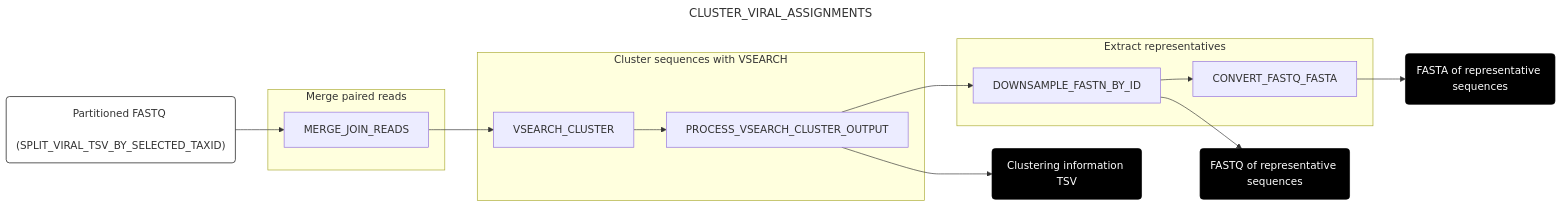
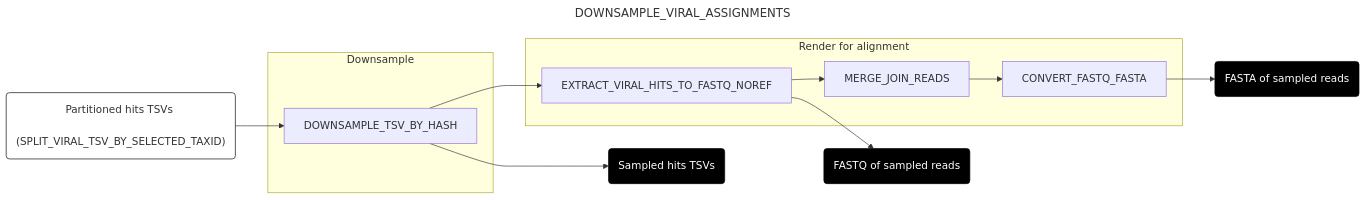
Before and after one commit to securebio/nao-mgs-workflow: the seventh of 10 diagrams in docs/downstream.md, drawn with Mermaid. The commit also changed other lines of this file and 14 other files, not shown here.

````diff
--- a/docs/downstream.md
+++ b/docs/downstream.md
@@ -362,31 +369,27 @@
 ```mermaid
 ---
-title: CLUSTER_VIRAL_ASSIGNMENTS
+title: DOWNSAMPLE_VIRAL_ASSIGNMENTS
 config:
   layout: horizontal
 ---
 flowchart LR
-A("Partitioned FASTQ <br> (SPLIT_VIRAL_TSV_BY_SELECTED_TAXID)") --> B[MERGE_JOIN_READS]
-B --> C[VSEARCH_CLUSTER]
-C --> D[PROCESS_VSEARCH_CLUSTER_OUTPUT]
-D --> E[DOWNSAMPLE_FASTN_BY_ID]
-E --> F[CONVERT_FASTQ_FASTA]
-F --> G(FASTA of representative sequences)
-E --> H(FASTQ of representative sequences)
-D --> I(Clustering information TSV)
-subgraph "Merge paired reads"
+A("Partitioned hits TSVs <br> (SPLIT_VIRAL_TSV_BY_SELECTED_TAXID)") --> B[DOWNSAMPLE_TSV_BY_HASH]
+B --> C[EXTRACT_VIRAL_HITS_TO_FASTQ_NOREF]
+C --> D[MERGE_JOIN_READS]
+D --> E[CONVERT_FASTQ_FASTA]
+B --> H(Sampled hits TSVs)
+C --> I(FASTQ of sampled reads)
+E --> G(FASTA of sampled reads)
+subgraph "Downsample"
 B
 end
-subgraph "Cluster sequences with VSEARCH"
+subgraph "Render for alignment"
 C
 D
-end
-subgraph "Extract representatives"
 E
-F
 end
 style A fill:#fff,stroke:#000
 style G fill:#000,color:#fff,stroke:#000
 style H fill:#000,color:#fff,stroke:#000
 style I fill:#000,color:#fff,stroke:#000
 ```
````
